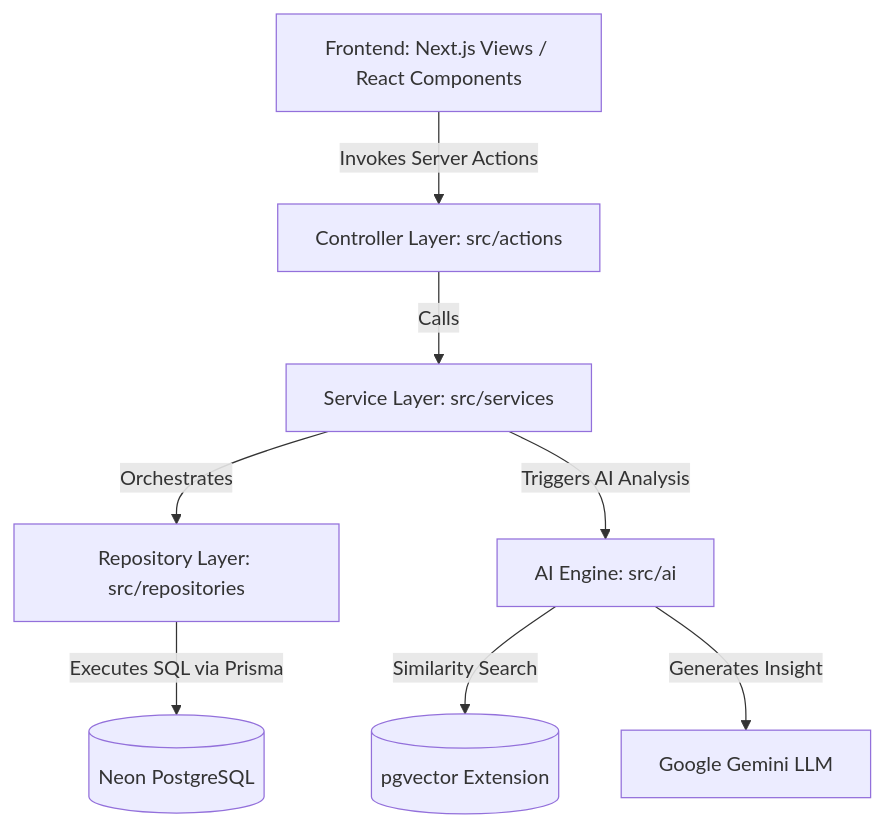
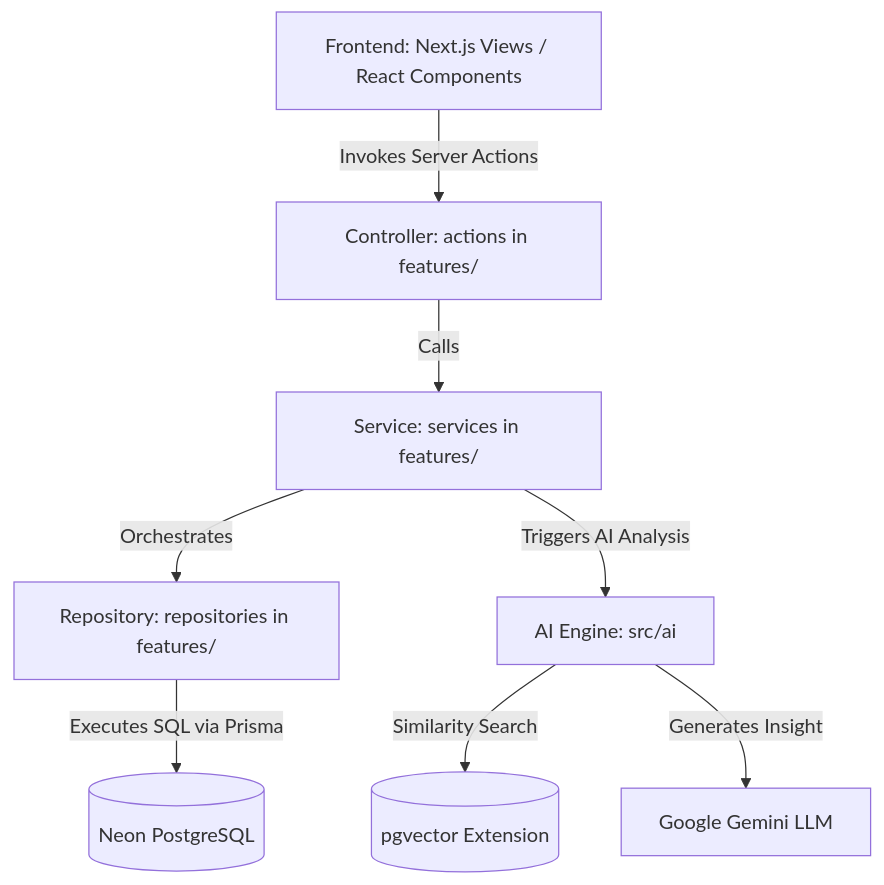
The diagram in COLLABORATOR.md (pratika719/Crimegpt), drawn with Mermaid before and after one commit. The commit also changed other lines of this file and 189 other files, not shown here.

````diff
--- a/COLLABORATOR.md
+++ b/COLLABORATOR.md
@@ -13,10 +13,10 @@
 ```mermaid
 graph TD
-    A[Frontend: Next.js Views / React Components] -->|Invokes Server Actions| B[Controller Layer: src/actions]
-    B -->|Calls| C[Service Layer: src/services]
-    C -->|Orchestrates| D[Repository Layer: src/repositories]
+    A[Frontend: Next.js Views / React Components] -->|Invokes Server Actions| B[Controller: actions in features/<domain>]
+    B -->|Calls| C[Service: services in features/<domain>]
+    C -->|Orchestrates| D[Repository: repositories in features/<domain>]
     C -->|Triggers AI Analysis| E[AI Engine: src/ai]
     D -->|Executes SQL via Prisma| F[(Neon PostgreSQL)]
     E -->|Similarity Search| G[(pgvector Extension)]
     E -->|Generates Insight| H[Google Gemini LLM]
 ```
````
